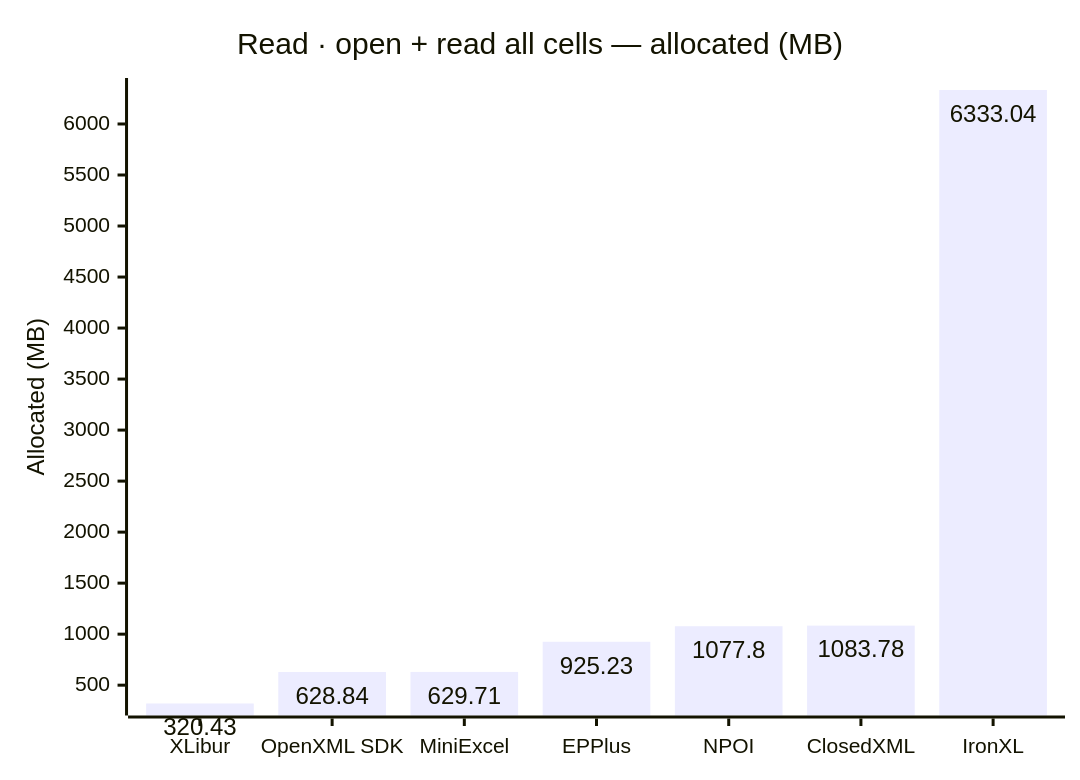
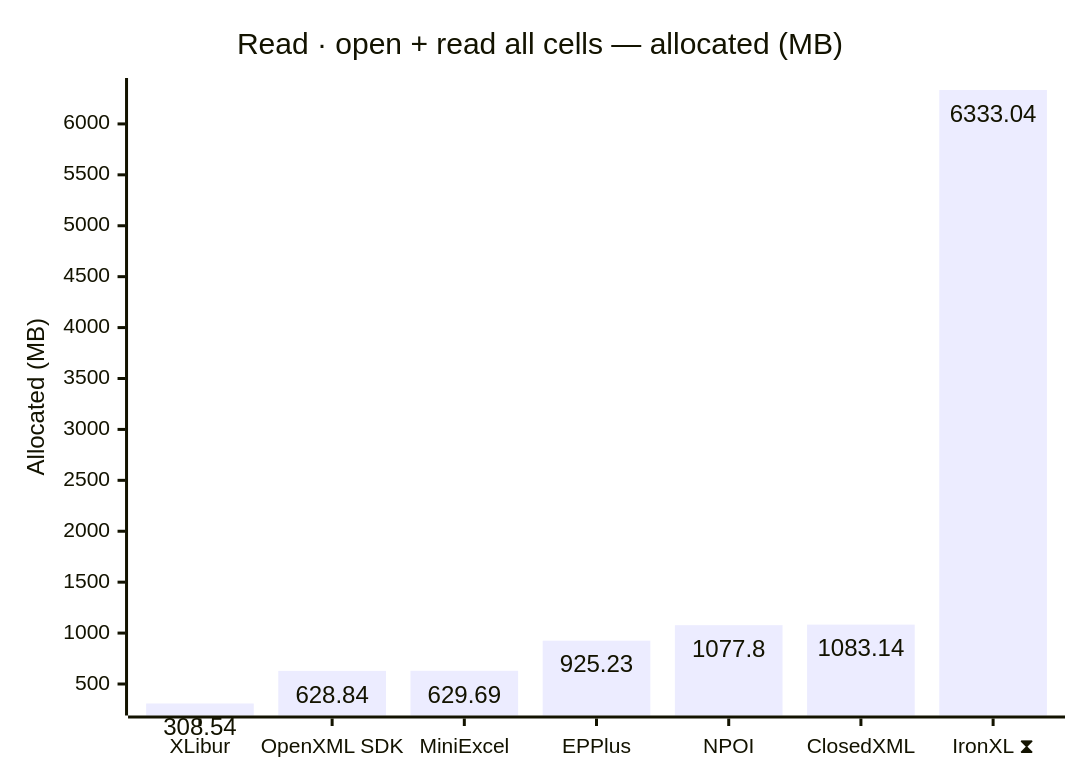
Before and after one commit to jafin/XLBench: the fourth of 12 diagrams in docs/results.md, drawn with Mermaid. The commit also changed other lines of this file and 3 other files, not shown here.

````diff
--- a/docs/results.md
+++ b/docs/results.md
@@ -74,12 +78,12 @@
 ```mermaid
 ---
 config:
   xyChart:
     showDataLabel: true
 ---
 xychart-beta
     title "Read · open + read all cells — allocated (MB)"
-    x-axis ["XLibur", "OpenXML SDK", "MiniExcel", "EPPlus", "NPOI", "ClosedXML", "IronXL"]
+    x-axis ["XLibur", "OpenXML SDK", "MiniExcel", "EPPlus", "NPOI", "ClosedXML", "IronXL ⧗"]
     y-axis "Allocated (MB)"
-    bar [320.43, 628.84, 629.71, 925.23, 1077.8, 1083.78, 6333.04]
+    bar [308.54, 628.84, 629.69, 925.23, 1077.8, 1083.14, 6333.04]
 ```
````
